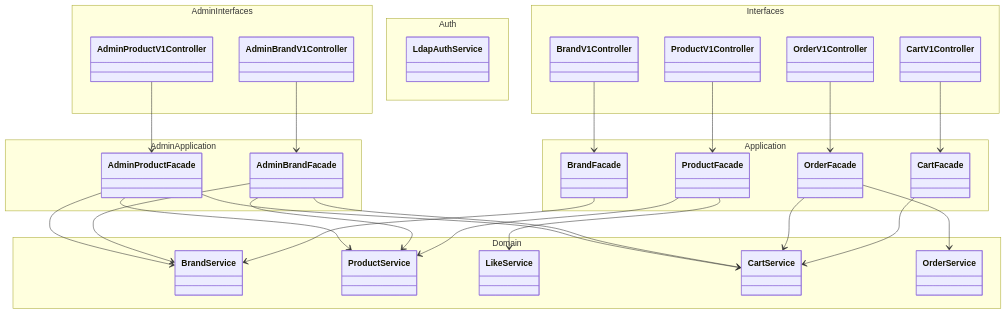
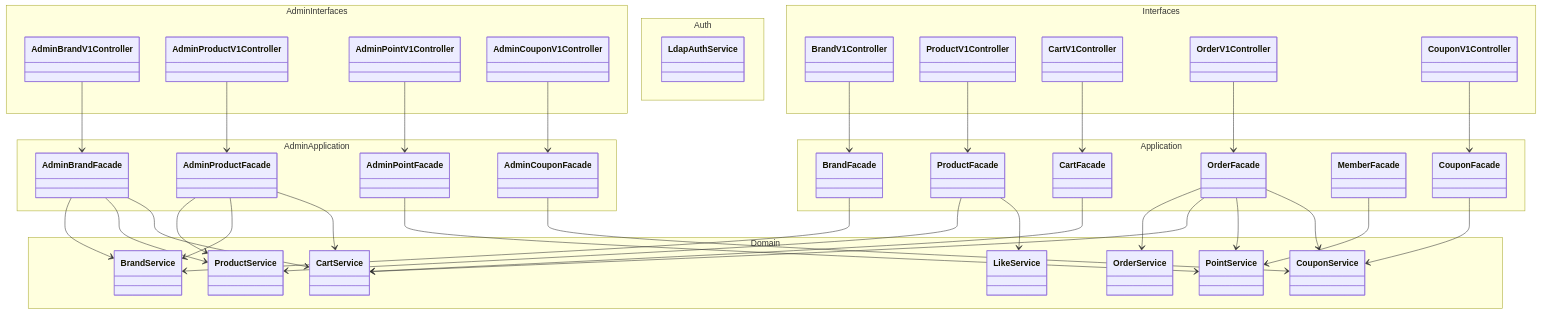
The first of 7 diagrams in docs/design/03-class-diagram.md (jsj1215/loop-pack-be-l2-vol3-java), drawn with Mermaid before and after one commit. The commit also changed other lines of this file and 3 other files, not shown here.

````diff
--- a/docs/design/03-class-diagram.md
+++ b/docs/design/03-class-diagram.md
@@ -10,62 +10,80 @@
 ```mermaid
 classDiagram
     direction TB
 
     namespace Interfaces {
         class BrandV1Controller
         class ProductV1Controller
         class CartV1Controller
         class OrderV1Controller
+        class CouponV1Controller
     }
 
     namespace Application {
         class BrandFacade
         class ProductFacade
         class CartFacade
         class OrderFacade
+        class MemberFacade
+        class CouponFacade
     }
 
     namespace Domain {
         class BrandService
         class ProductService
         class LikeService
         class CartService
         class OrderService
+        class PointService
+        class CouponService
     }
 
     namespace AdminInterfaces {
         class AdminBrandV1Controller
         class AdminProductV1Controller
+        class AdminPointV1Controller
+        class AdminCouponV1Controller
     }
 
     namespace AdminApplication {
         class AdminBrandFacade
         class AdminProductFacade
+        class AdminPointFacade
+        class AdminCouponFacade
     }
 
     namespace Auth {
         class LdapAuthService
     }
 
     BrandV1Controller --> BrandFacade
     ProductV1Controller --> ProductFacade
     CartV1Controller --> CartFacade
     OrderV1Controller --> OrderFacade
+    CouponV1Controller --> CouponFacade
 
     BrandFacade --> BrandService
     ProductFacade --> ProductService
     ProductFacade --> LikeService
     CartFacade --> CartService
     OrderFacade --> OrderService
     OrderFacade --> CartService
+    OrderFacade --> PointService
+    OrderFacade --> CouponService
+    MemberFacade --> PointService
+    CouponFacade --> CouponService
 
     AdminBrandV1Controller --> AdminBrandFacade
     AdminProductV1Controller --> AdminProductFacade
+    AdminPointV1Controller --> AdminPointFacade
+    AdminCouponV1Controller --> AdminCouponFacade
 
     AdminBrandFacade --> BrandService
     AdminBrandFacade --> ProductService
     AdminBrandFacade --> CartService
     AdminProductFacade --> ProductService
     AdminProductFacade --> BrandService
     AdminProductFacade --> CartService
+    AdminPointFacade --> PointService
+    AdminCouponFacade --> CouponService
 ```
````
